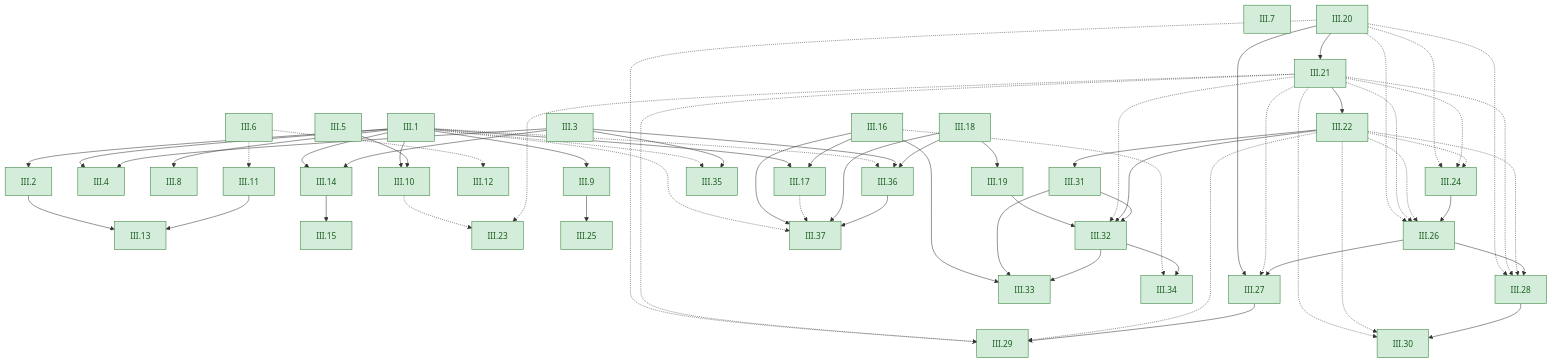
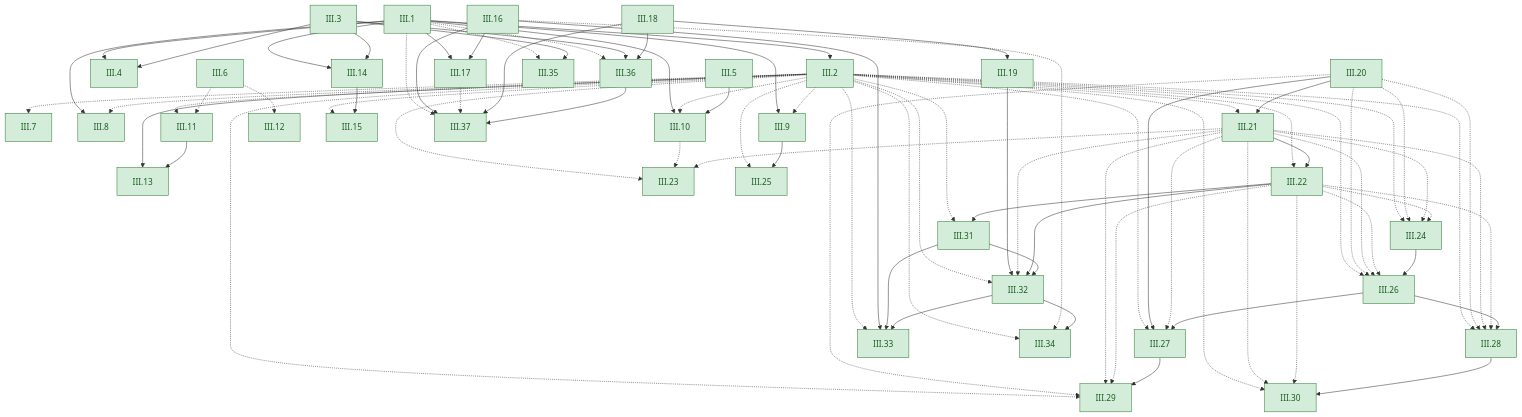
One commit to dodecaplex-co/stoicheia changed the sixth of 6 diagrams in GRAPH.md. Above: the diagram before and after it, drawn with Mermaid. The commit also changed other lines of this file and 41 other files, not shown here.

```diff
--- a/GRAPH.md
+++ b/GRAPH.md
@@ -799,54 +799,74 @@
   III1 --> III2
   III1 --> III4
   III3 --> III4
+  III2 -.-> III7
   III1 --> III8
+  III2 -.-> III8
   III1 --> III9
+  III2 -.-> III9
   III1 --> III10
+  III2 -.-> III10
   III5 --> III10
+  III2 -.-> III11
   III6 -.-> III11
   III6 -.-> III12
   III2 --> III13
   III11 --> III13
   III1 --> III14
   III3 --> III14
+  III2 -.-> III15
   III14 --> III15
   III1 --> III17
   III16 --> III17
   III18 --> III19
+  III2 -.-> III21
   III20 --> III21
+  III2 -.-> III22
   III21 --> III22
+  III2 -.-> III23
   III10 -.-> III23
   III21 -.-> III23
+  III2 -.-> III24
   III20 -.-> III24
   III21 -.-> III24
   III22 -.-> III24
+  III2 -.-> III25
   III9 --> III25
+  III2 -.-> III26
   III20 -.-> III26
   III21 -.-> III26
   III22 -.-> III26
   III24 --> III26
+  III2 -.-> III27
   III20 --> III27
   III21 -.-> III27
   III26 --> III27
+  III2 -.-> III28
   III20 -.-> III28
   III21 -.-> III28
   III22 -.-> III28
   III26 --> III28
+  III2 -.-> III29
   III20 -.-> III29
   III21 -.-> III29
   III22 -.-> III29
   III27 --> III29
+  III2 -.-> III30
   III21 -.-> III30
   III22 -.-> III30
   III28 --> III30
+  III2 -.-> III31
   III22 --> III31
+  III2 -.-> III32
   III19 --> III32
   III21 -.-> III32
   III22 --> III32
   III31 --> III32
+  III2 -.-> III33
   III16 --> III33
   III31 --> III33
   III32 --> III33
+  III2 -.-> III34
   III16 -.-> III34
   III32 --> III34
   III1 -.-> III35
```
